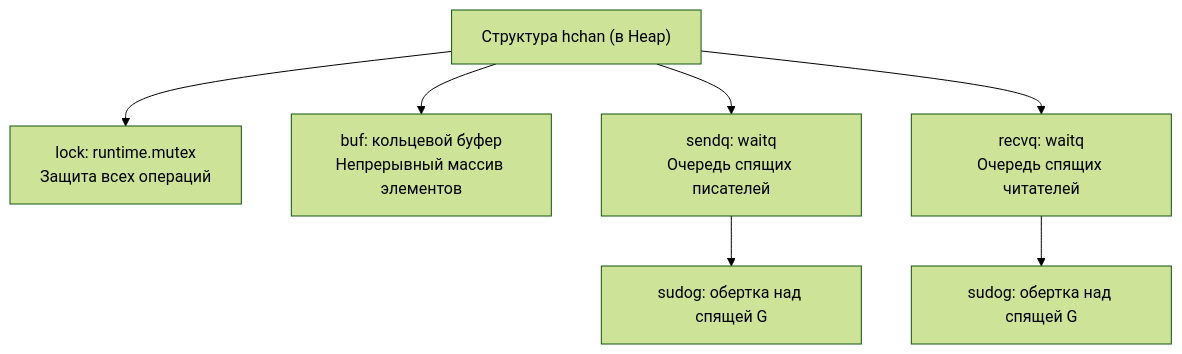
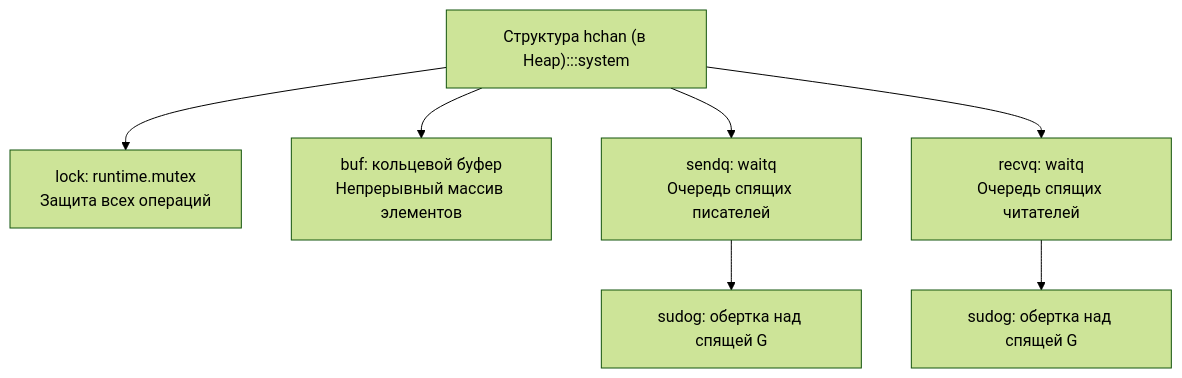
The first of 2 diagrams in sources/7. Глубокий Go (Внутреннее устройство)/13. Каналы под капотом. hchan, sudog, sendq, recvq.md (UnrealTemplier/go-textbook), drawn with Mermaid (forest theme) before and after one commit. The commit also changed other lines of this file and 1666 other files, not shown here.

First line of the commit message:
feat(mermaid): add semantic color classDef to 1369 colorless flowchart/graph diagrams

````diff
--- a/sources/7. Глубокий Go (Внутреннее устройство)/13. Каналы под капотом. hchan, sudog, sendq, recvq.md
+++ b/sources/7. Глубокий Go (Внутреннее устройство)/13. Каналы под капотом. hchan, sudog, sendq, recvq.md
@@ -17,9 +17,19 @@
 ```mermaid
 flowchart TD
-    HCHAN["Структура hchan (в Heap)"] --> LOCK["lock: runtime.mutex<br>Защита всех операций"]
+    classDef process  fill:#1e293b,stroke:#38bdf8,stroke-width:1px,color:#f8fafc
+    classDef success  fill:#064e3b,stroke:#34d399,stroke-width:1px,color:#f8fafc
+    classDef error    fill:#7f1d1d,stroke:#f87171,stroke-width:1px,color:#f8fafc
+    classDef warning  fill:#78350f,stroke:#fbbf24,stroke-width:1px,color:#f8fafc
+    classDef entry    fill:#1e3a5f,stroke:#38bdf8,stroke-width:2px,color:#f8fafc
+    classDef aux      fill:#334155,stroke:#64748b,stroke-width:1px,color:#f8fafc
+    classDef system   fill:#312e81,stroke:#a78bfa,stroke-width:1px,color:#f8fafc
+    classDef data     fill:#132d29,stroke:#2dd4bf,stroke-width:1px,color:#f8fafc
+    classDef network  fill:#881337,stroke:#fb7185,stroke-width:1px,color:#f8fafc
+    classDef accent   fill:#1e1b4b,stroke:#818cf8,stroke-width:1px,color:#f8fafc
+    HCHAN["Структура hchan (в Heap):::system"] --> LOCK["lock: runtime.mutex<br>Защита всех операций"]
     HCHAN --> BUF["buf: кольцевой буфер<br>Непрерывный массив элементов"]
     HCHAN --> SENDQ["sendq: waitq<br>Очередь спящих писателей"]
     HCHAN --> RECVQ["recvq: waitq<br>Очередь спящих читателей"]
     SENDQ --> SUDOG1["sudog: обертка над спящей G"]
     RECVQ --> SUDOG2["sudog: обертка над спящей G"]
 ```
````
